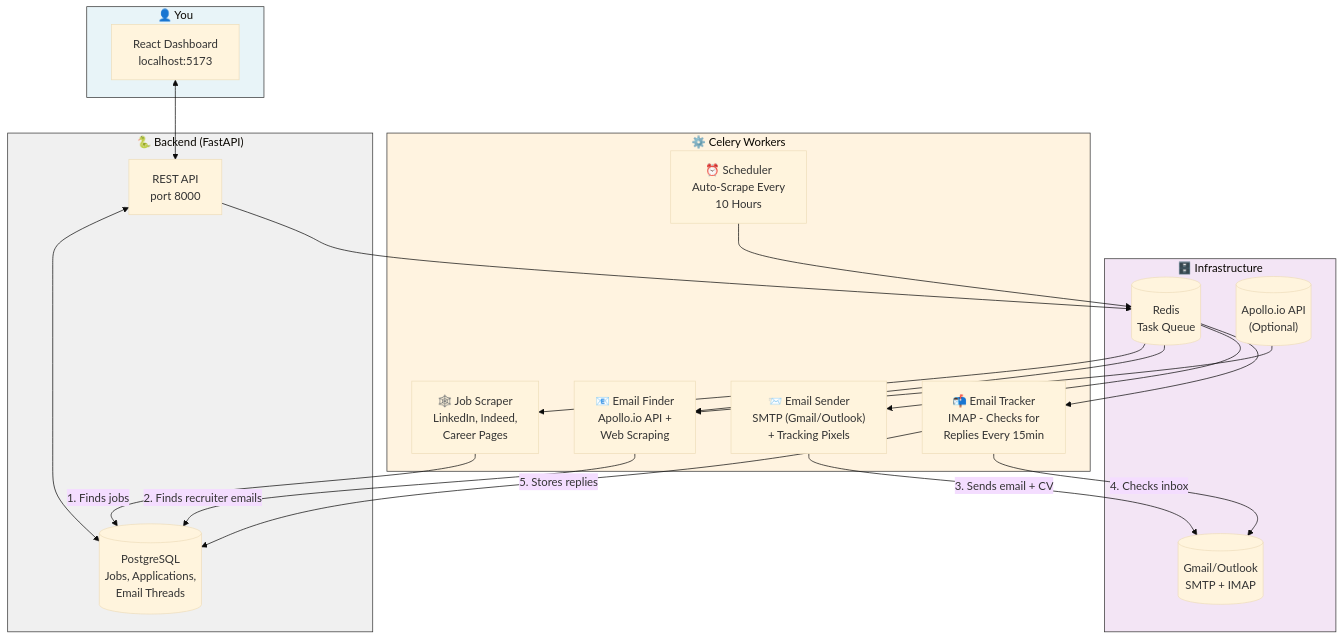
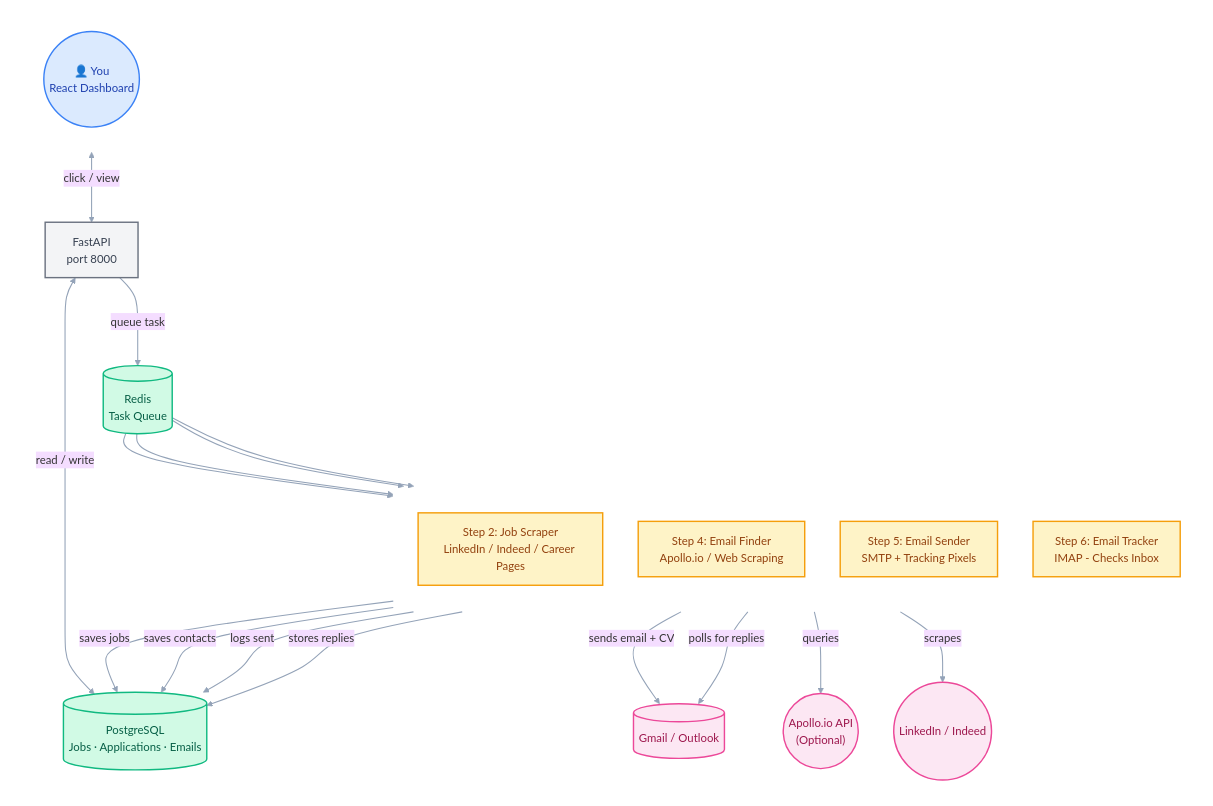
The diagram in README.md (relatrino-code/LinkedInAgent), drawn with Mermaid (base theme) before and after one commit. The commit also changed other lines of this file, not shown here.

Commit message:
redesign Mermaid flowchart with cleaner layout, color-coded groups, and numbered steps

````diff
--- a/README.md
+++ b/README.md
@@ -16,47 +16,75 @@
 ```mermaid
 flowchart TB
-    subgraph User["👤 You"]
-        UI["React Dashboard<br/>localhost:5173"]
+    classDef user fill:#dbeafe,stroke:#3b82f6,stroke-width:2px
+    classDef backend fill:#f3f4f6,stroke:#6b7280,stroke-width:2px
+    classDef worker fill:#fef3c7,stroke:#f59e0b,stroke-width:2px
+    classDef infra fill:#ede9fe,stroke:#8b5cf6,stroke-width:2px
+    classDef db fill:#d1fae5,stroke:#10b981,stroke-width:2px
+    classDef ext fill:#fce7f3,stroke:#ec4899,stroke-width:2px
+
+    subgraph User[" "]
+        direction LR
+        UI(("👤 You<br/>React Dashboard"))
     end
 
-    subgraph Backend["🐍 Backend (FastAPI)"]
-        API["REST API<br/>port 8000"]
-        DB[("PostgreSQL<br/>Jobs, Applications,<br/>Email Threads")]
+    subgraph Backend[" "]
+        API["FastAPI<br/>port 8000"]
     end
 
-    subgraph Workers["⚙️ Celery Workers"]
-        Scraper["🕸️ Job Scraper<br/>LinkedIn, Indeed,<br/>Career Pages"]
-        EmailFinder["📧 Email Finder<br/>Apollo.io API +<br/>Web Scraping"]
-        EmailSender["📨 Email Sender<br/>SMTP (Gmail/Outlook)<br/>+ Tracking Pixels"]
-        EmailTracker["📬 Email Tracker<br/>IMAP - Checks for<br/>Replies Every 15min"]
-        Beat["⏰ Scheduler<br/>Auto-Scrape Every<br/>10 Hours"]
+    subgraph Workers[" "]
+        direction TB
+        Scraper["Step 2: Job Scraper<br/>LinkedIn / Indeed / Career Pages"]
+        EmailFinder["Step 4: Email Finder<br/>Apollo.io / Web Scraping"]
+        EmailSender["Step 5: Email Sender<br/>SMTP + Tracking Pixels"]
+        EmailTracker["Step 6: Email Tracker<br/>IMAP - Checks Inbox"]
     end
 
-    subgraph Infra["🗄️ Infrastructure"]
+    subgraph Storage[" "]
+        DB[("PostgreSQL<br/>Jobs · Applications · Emails")]
         Redis[("Redis<br/>Task Queue")]
-        SMTP[("Gmail/Outlook<br/>SMTP + IMAP")]
-        Apollo[("Apollo.io API<br/>(Optional)")]
     end
 
-    UI <--> API
-    API <--> DB
-    API --> Redis
+    subgraph External[" "]
+        SMTP[("Gmail / Outlook")]
+        Apollo(("Apollo.io API<br/>(Optional)"))
+        JobSites(("LinkedIn / Indeed"))
+    end
+
+    UI <-->|"click / view"| API
+    API <-->|"read / write"| DB
+    API -->|"queue task"| Redis
 
     Redis --> Scraper
     Redis --> EmailFinder
     Redis --> EmailSender
     Redis --> EmailTracker
-    Beat --> Redis
 
-    Scraper -->|"1. Finds jobs"| DB
-    EmailFinder -->|"2. Finds recruiter emails"| DB
-    EmailSender -->|"3. Sends email + CV"| SMTP
-    EmailTracker -->|"4. Checks inbox"| SMTP
-    EmailTracker -->|"5. Stores replies"| DB
-    Apollo --> EmailFinder
+    Scraper -->|"scrapes"| JobSites
+    Scraper -->|"saves jobs"| DB
+    EmailFinder -->|"queries"| Apollo
+    EmailFinder -->|"saves contacts"| DB
+    EmailSender -->|"sends email + CV"| SMTP
+    EmailSender -->|"logs sent"| DB
+    EmailTracker -->|"polls for replies"| SMTP
+    EmailTracker -->|"stores replies"| DB
 
-    style User fill:#e8f4f8,stroke:#333
-    style Backend fill:#f0f0f0,stroke:#333
-    style Workers fill:#fff3e0,stroke:#333
-    style Infra fill:#f3e5f5,stroke:#333
+    linkStyle default stroke:#94a3b8,stroke-width:1.5px
+
+    style User fill:none,stroke:none
+    style Backend fill:none,stroke:none
+    style Workers fill:none,stroke:none
+    style Storage fill:none,stroke:none
+    style External fill:none,stroke:none
+
+    style UI fill:#dbeafe,stroke:#3b82f6,stroke-width:2px,color:#1e40af
+    style API fill:#f3f4f6,stroke:#6b7280,stroke-width:2px,color:#374151
+    style Scraper fill:#fef3c7,stroke:#f59e0b,stroke-width:2px,color:#92400e
+    style EmailFinder fill:#fef3c7,stroke:#f59e0b,stroke-width:2px,color:#92400e
+    style EmailSender fill:#fef3c7,stroke:#f59e0b,stroke-width:2px,color:#92400e
+    style EmailTracker fill:#fef3c7,stroke:#f59e0b,stroke-width:2px,color:#92400e
+    style DB fill:#d1fae5,stroke:#10b981,stroke-width:2px,color:#065f46
+    style Redis fill:#d1fae5,stroke:#10b981,stroke-width:2px,color:#065f46
+    style SMTP fill:#fce7f3,stroke:#ec4899,stroke-width:2px,color:#9d174d
+    style Apollo fill:#fce7f3,stroke:#ec4899,stroke-width:2px,color:#9d174d
+    style JobSites fill:#fce7f3,stroke:#ec4899,stroke-width:2px,color:#9d174d
 ```
````
